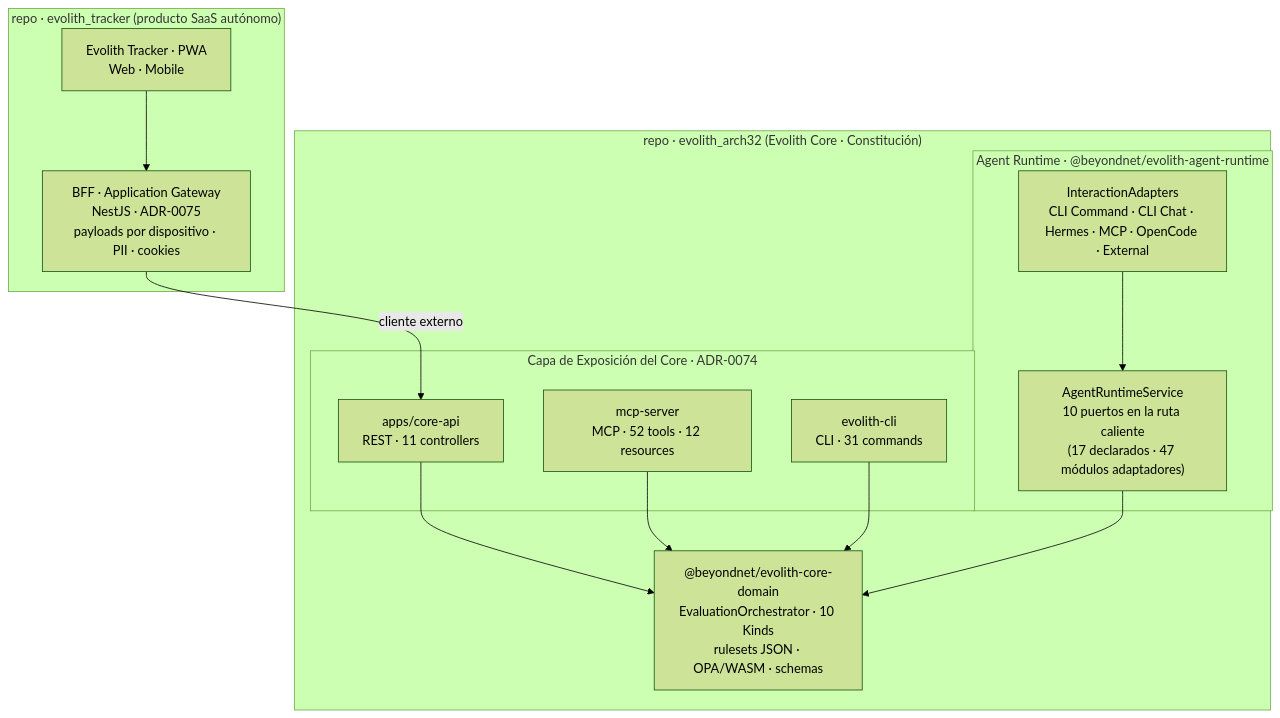
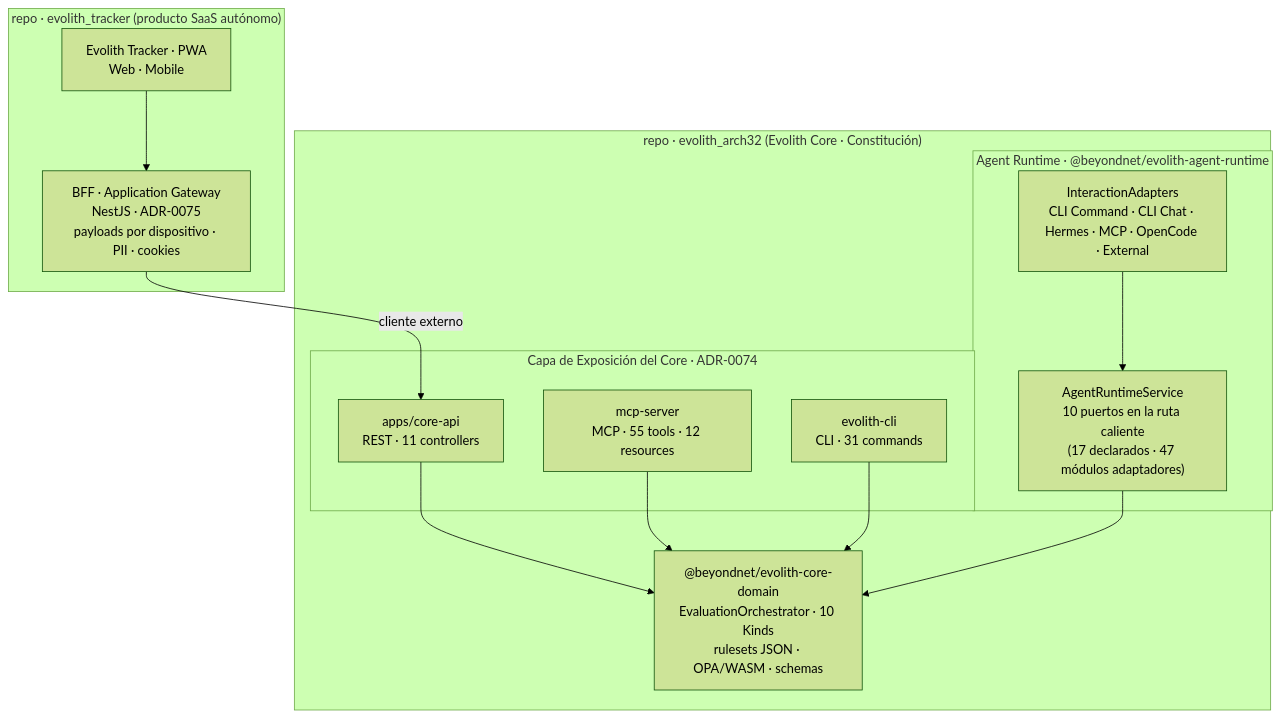
One commit to beyondnetcode/evolith_arch32 changed the diagram in product/suite/vision/evolith-product-vision-master.es.md. Above: the diagram before and after it, drawn with Mermaid (forest theme). The commit also changed other lines of this file and 30 other files, not shown here.

````diff
--- a/product/suite/vision/evolith-product-vision-master.es.md
+++ b/product/suite/vision/evolith-product-vision-master.es.md
@@ -157,24 +157,24 @@
 ```mermaid
 flowchart TB
   subgraph TRK["repo · evolith_tracker (producto SaaS autónomo)"]
     PWA["Evolith Tracker · PWA<br/>Web · Mobile"] --> BFF["BFF · Application Gateway<br/>NestJS · ADR-0075<br/>payloads por dispositivo · PII · cookies"]
   end
   subgraph CORE["repo · evolith_arch32 (Evolith Core · Constitución)"]
     subgraph EXP["Capa de Exposición del Core · ADR-0074"]
       API["apps/core-api<br/>REST · 11 controllers"]
-      MCP["mcp-server<br/>MCP · 52 tools · 12 resources"]
+      MCP["mcp-server<br/>MCP · 55 tools · 12 resources"]
       CLI["evolith-cli<br/>CLI · 31 commands"]
     end
     subgraph RT["Agent Runtime · @beyondnet/evolith-agent-runtime"]
       ARS["AgentRuntimeService<br/>10 puertos en la ruta caliente<br/>(17 declarados · 47 módulos adaptadores)"]
       IA["InteractionAdapters<br/>CLI Command · CLI Chat · Hermes · MCP · OpenCode · External"]
     end
     DOM["@beyondnet/evolith-core-domain<br/>EvaluationOrchestrator · 10 Kinds<br/>rulesets JSON · OPA/WASM · schemas"]
     API --> DOM
     MCP --> DOM
     CLI --> DOM
     ARS --> DOM
     IA --> ARS
   end
   BFF -->|cliente externo| API
 ```
````
